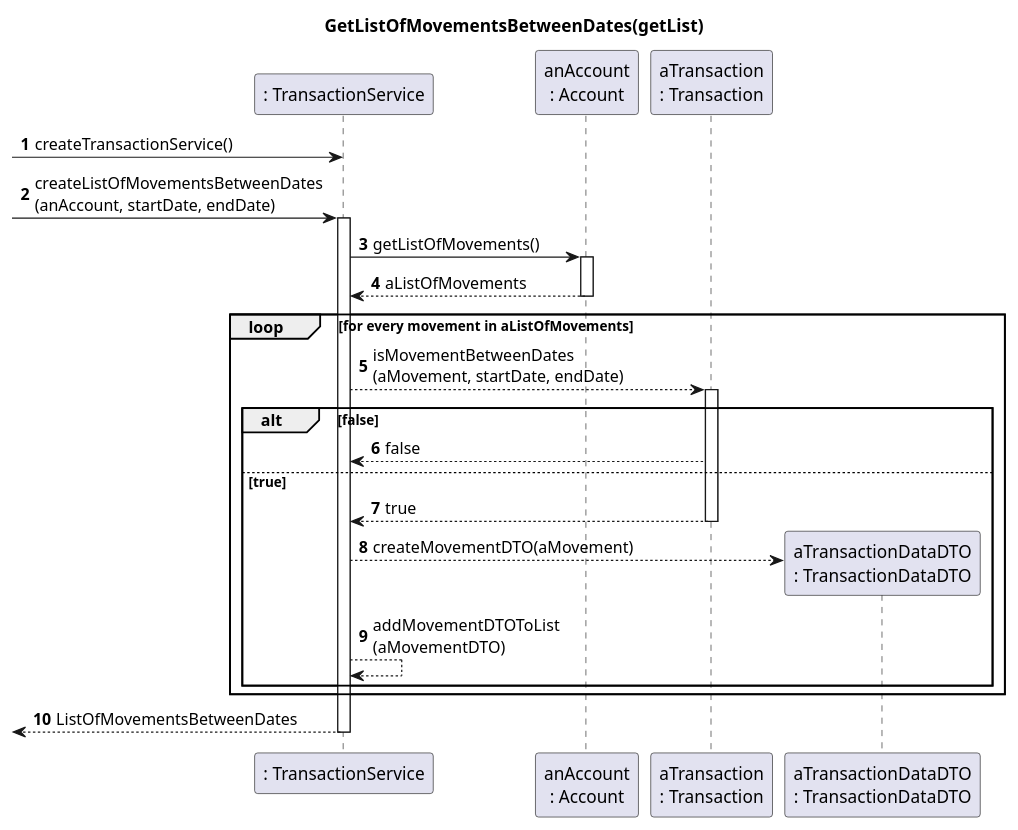
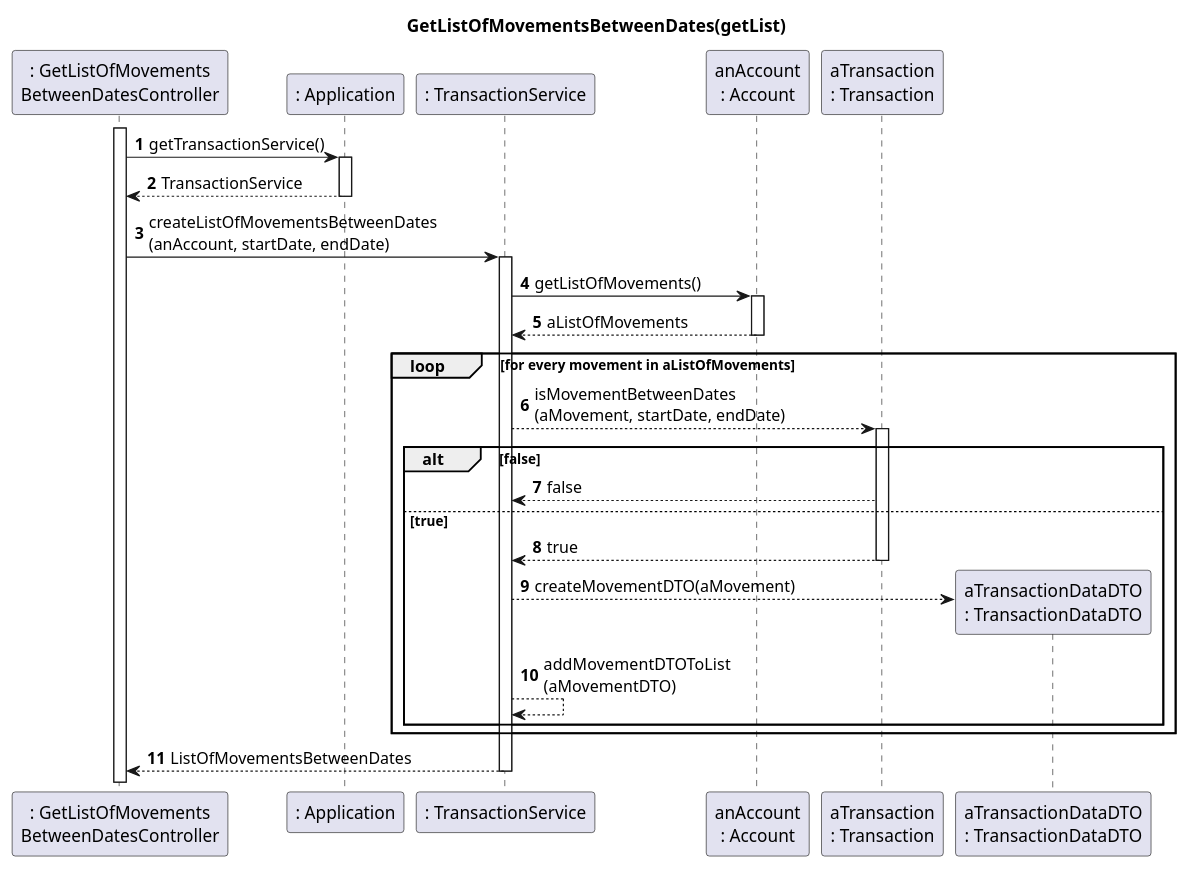
The third of 4 diagrams in docs/sprint2/user_stories/US186_GetListOfMovementsBetweenDates.md (tomas-osswald/switch_2020_g3), drawn with PlantUML before and after one commit. The commit also changed other lines of this file and 1 other file, not shown here.

Commit message:
Create AddBankSavingsAccountDTO. AddBankSavingsAccountController now accepts only a DTO.

`````diff
--- a/docs/sprint2/user_stories/US186_GetListOfMovementsBetweenDates.md
+++ b/docs/sprint2/user_stories/US186_GetListOfMovementsBetweenDates.md
@@ -131,35 +135,42 @@
 ````puml
 autonumber
 
 title GetListOfMovementsBetweenDates(getList)
 
+participant ": GetListOfMovements\nBetweenDatesController" as Controller
+participant ": Application" as App
 participant ": TransactionService" as TransactionService
 participant "anAccount\n: Account" as Account
 participant "aTransaction\n: Transaction" as Transaction
 participant "aTransactionDataDTO\n: TransactionDataDTO" as TransactionDataDTO
 
--> TransactionService ** : createTransactionService()
--> TransactionService : createListOfMovementsBetweenDates\n(anAccount, startDate, endDate)
+activate Controller
+Controller -> App : getTransactionService()
+activate App
+App --> Controller : TransactionService
+deactivate App
+
+Controller -> TransactionService : createListOfMovementsBetweenDates\n(anAccount, startDate, endDate)
 activate TransactionService
 
 TransactionService -> Account : getListOfMovements()
 activate Account
 Account --> TransactionService : aListOfMovements
 deactivate Account
 
 loop for every movement in aListOfMovements
 TransactionService --> Transaction : isMovementBetweenDates\n(aMovement, startDate, endDate)
 activate Transaction
 alt false
 Transaction --> TransactionService : false
 else true
 Transaction --> TransactionService : true
 deactivate Transaction
 TransactionService --> TransactionDataDTO ** : createMovementDTO(aMovement)
 TransactionService --> TransactionService : addMovementDTOToList\n(aMovementDTO)
 end
 end
 
-<-- TransactionService : ListOfMovementsBetweenDates
+TransactionService --> Controller : ListOfMovementsBetweenDates
 deactivate TransactionService
 ````
`````
